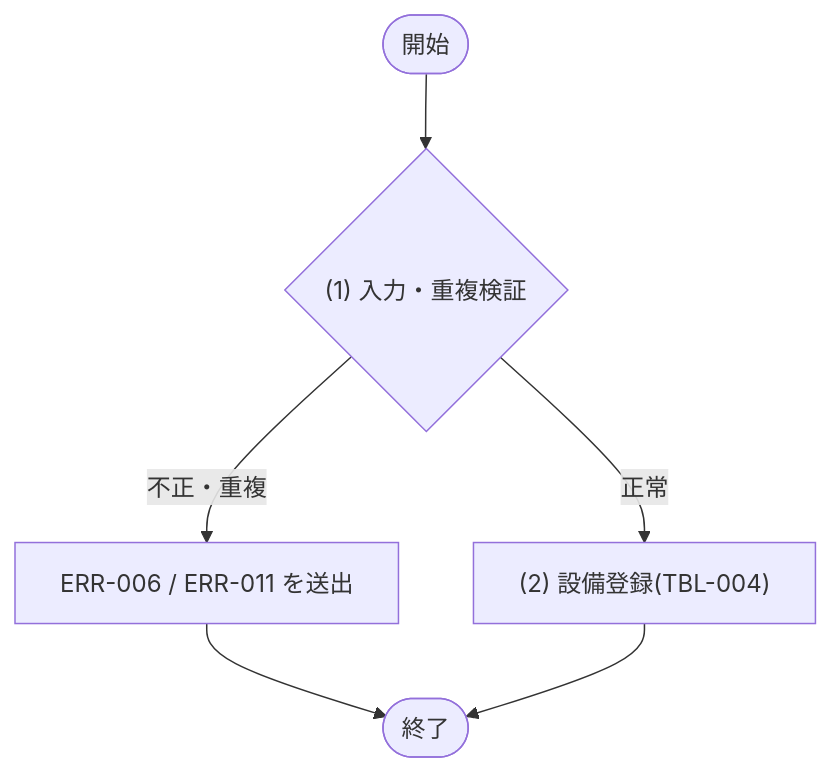
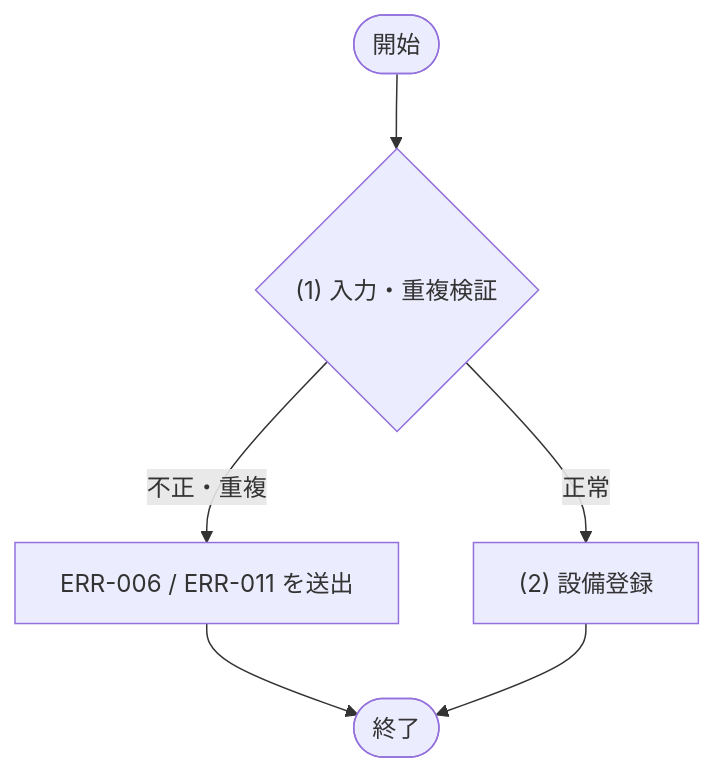
The fourth of 5 diagrams in docs/02_機能設計/05_モジュール設計/MOD-004_会議室管理サービス.md (sikakou54/system-document-template), drawn with Mermaid before and after one commit. The commit also changed other lines of this file and 128 other files, not shown here.

````diff
--- a/docs/02_機能設計/05_モジュール設計/MOD-004_会議室管理サービス.md
+++ b/docs/02_機能設計/05_モジュール設計/MOD-004_会議室管理サービス.md
@@ -72,12 +406,12 @@
 ```mermaid
 flowchart TD
   Start([開始])
   D1{"(1) 入力・重複検証"}
-  P1["(2) 設備登録(TBL-004)"]
+  P1["(2) 設備登録"]
   E1["ERR-006 / ERR-011 を送出"]
   End([終了])
 
   Start --> D1
   D1 -- "不正・重複" --> E1 --> End
   D1 -- "正常" --> P1 --> End
 ```
````
